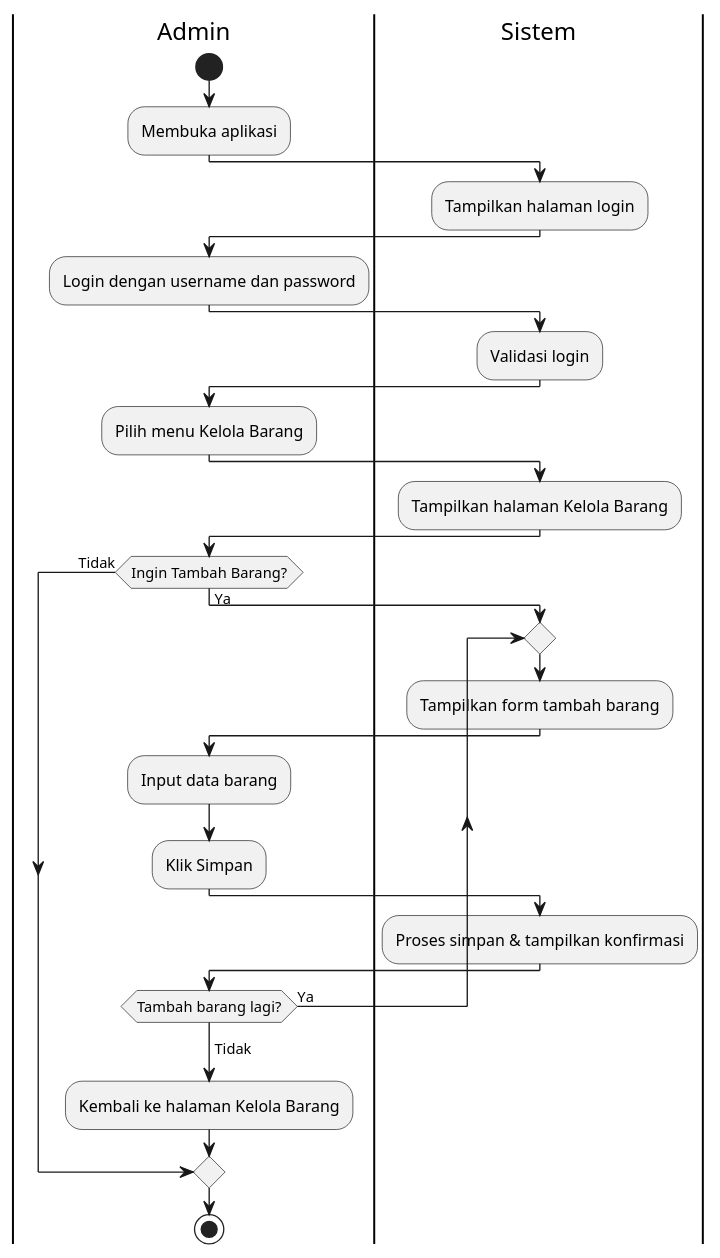
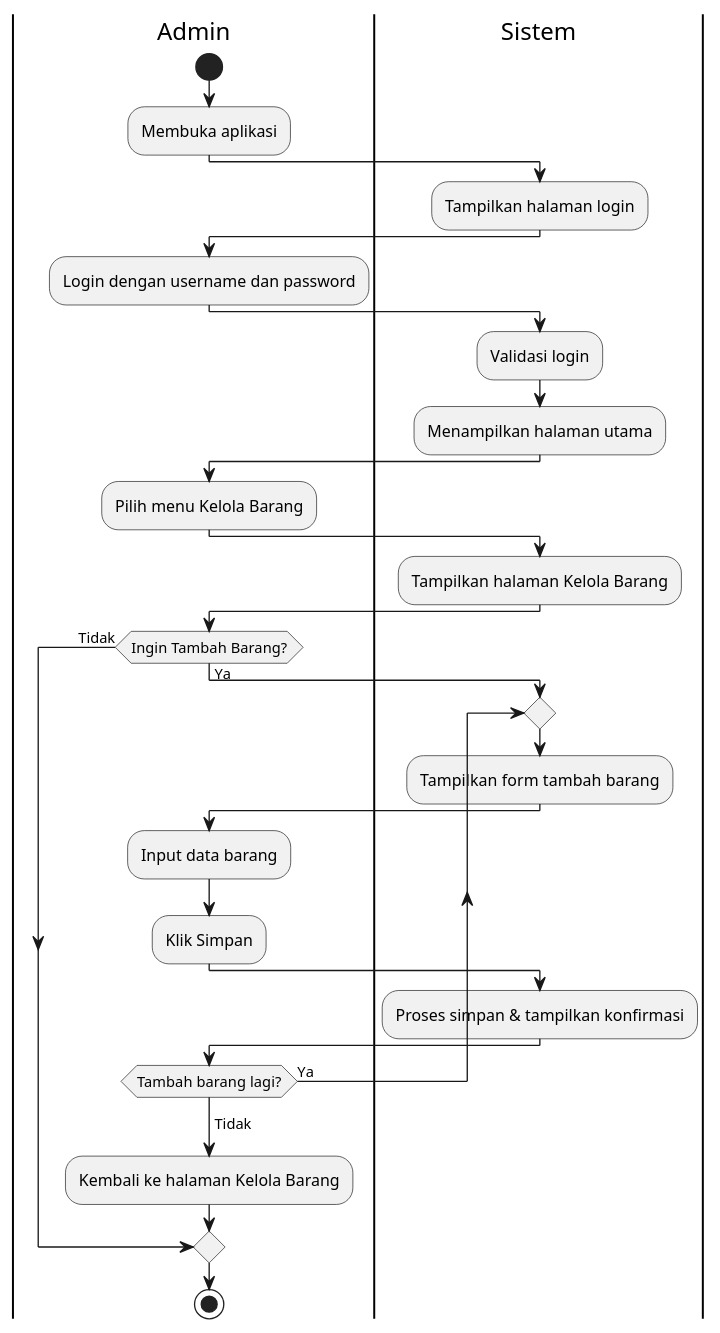
The diagram in Activity Diagram/activityKelolaBarang.puml (Fannandya/diagramPABD), drawn with PlantUML before and after one commit. The commit also changed 1 other file, not shown here.

```diff
--- a/Activity Diagram/activityKelolaBarang.puml
+++ b/Activity Diagram/activityKelolaBarang.puml
@@ -1,39 +1,40 @@
 @startuml activityKelolaBarang
 |Admin|
 start
 :Membuka aplikasi;
 
 |Sistem|
 :Tampilkan halaman login;
 
 |Admin|
 :Login dengan username dan password;
 
 |Sistem|
 :Validasi login;
+:Menampilkan halaman utama;
 
 |Admin|
 :Pilih menu Kelola Barang;
 
 |Sistem|
 :Tampilkan halaman Kelola Barang;
 
 |Admin|
 if (Ingin Tambah Barang?) then (Ya)
   |Sistem|
   repeat
     :Tampilkan form tambah barang;
     |Admin|
     :Input data barang;
     :Klik Simpan;
     |Sistem|
     :Proses simpan & tampilkan konfirmasi;
     |Admin|
   repeat while (Tambah barang lagi?) is (Ya)
   ->Tidak;
   :Kembali ke halaman Kelola Barang;
 else (Tidak)
 endif
 
 stop
 @enduml
```
